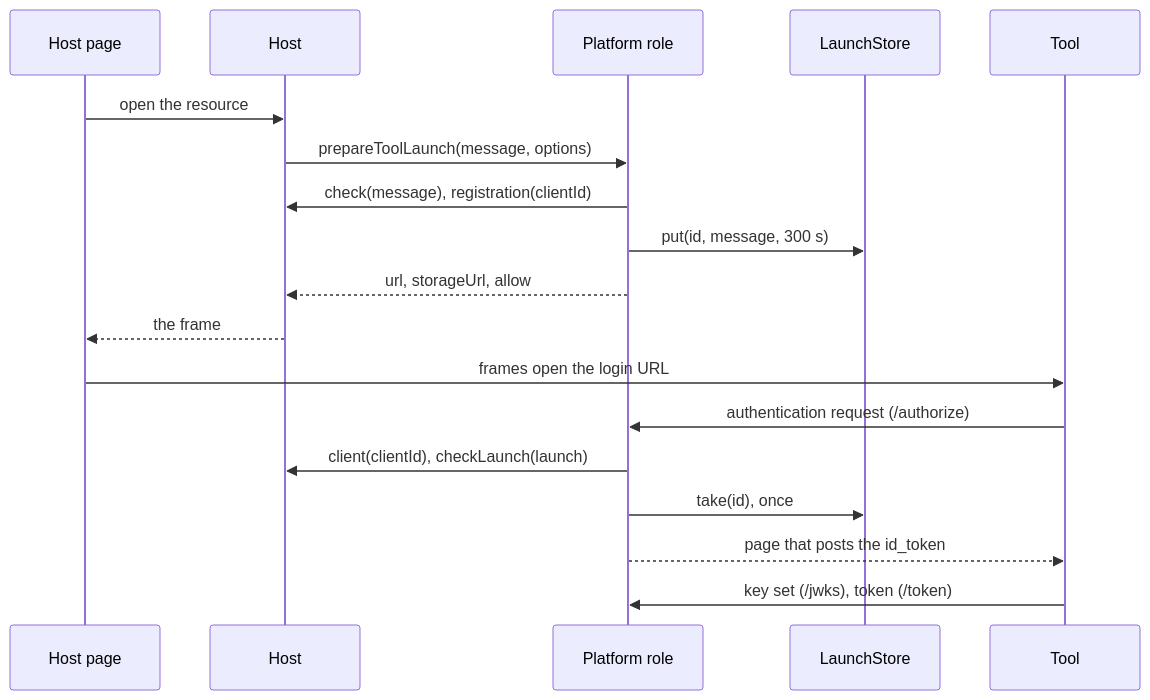
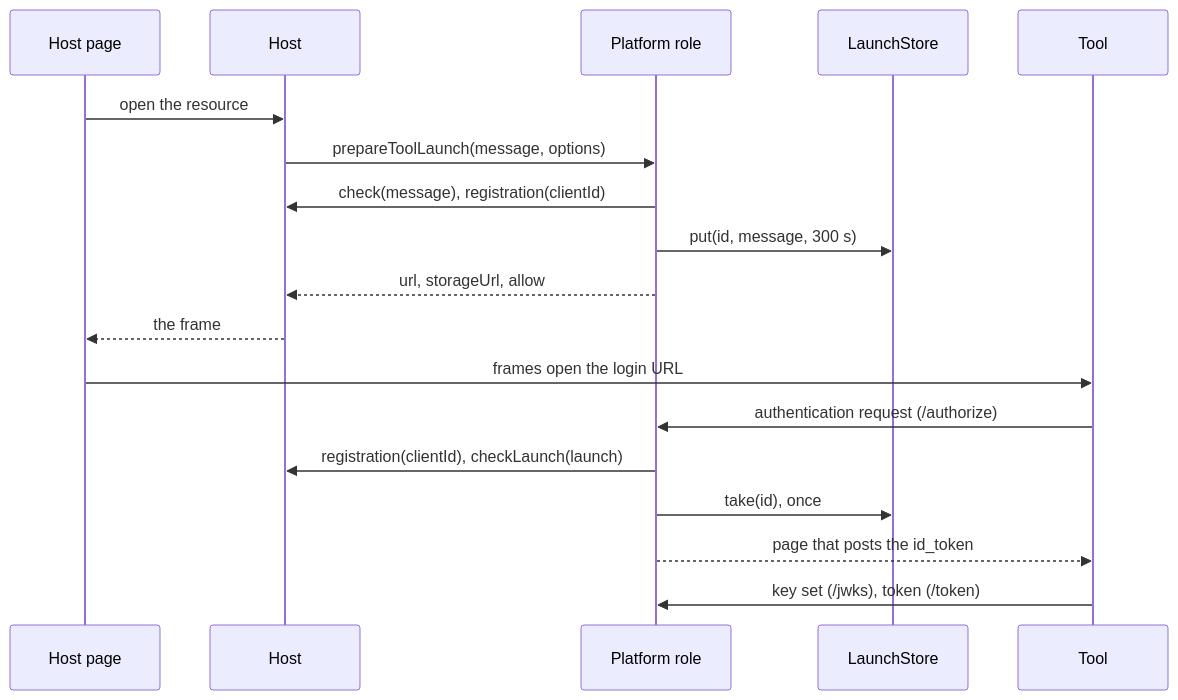
One commit to interopkit/interopkit changed the diagram in docs/tool-integration/platform.md. Above: the diagram before and after it, drawn with Mermaid. The commit also changed other lines of this file and 26 other files, not shown here.

````diff
--- a/docs/tool-integration/platform.md
+++ b/docs/tool-integration/platform.md
@@ -12,20 +12,20 @@
 ```mermaid
 sequenceDiagram
   participant P as Host page
   participant H as Host
   participant K as Platform role
   participant S as LaunchStore
   participant T as Tool
   P->>H: open the resource
   H->>K: prepareToolLaunch(message, options)
   K->>H: check(message), registration(clientId)
   K->>S: put(id, message, 300 s)
   K-->>H: url, storageUrl, allow
   H-->>P: the frame
   P->>T: frames open the login URL
   T->>K: authentication request (/authorize)
-  K->>H: client(clientId), checkLaunch(launch)
+  K->>H: registration(clientId), checkLaunch(launch)
   K->>S: take(id), once
   K-->>T: page that posts the id_token
   T->>K: key set (/jwks), token (/token)
 ```
````
